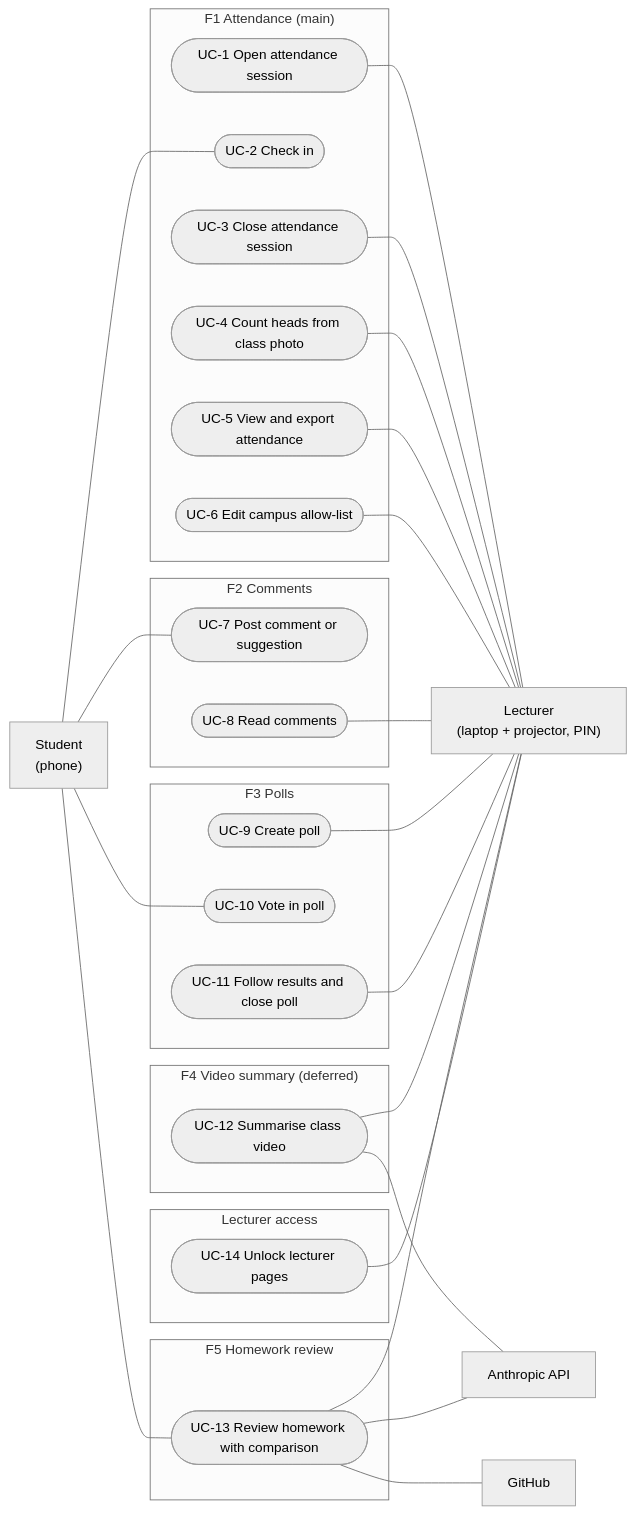
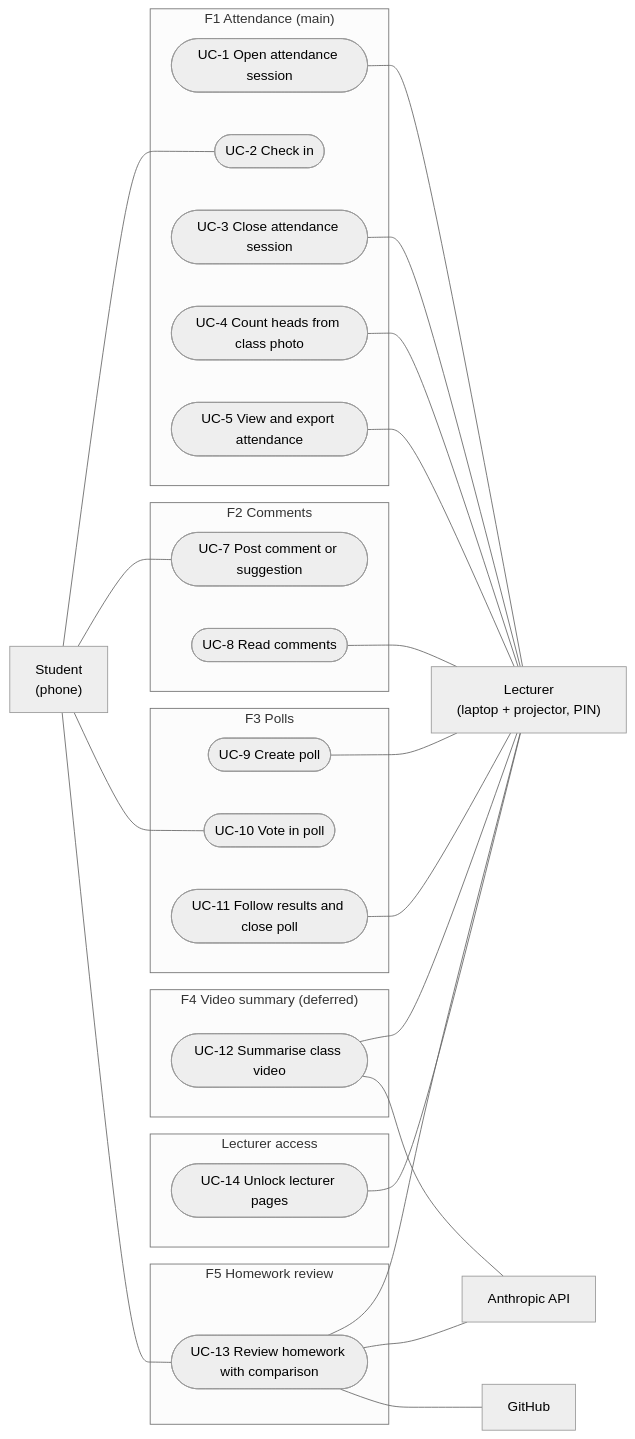
One commit to ronsarfati/EX2-Teaching-Tool changed the first of 2 diagrams in docs/use_cases.md. Above: the diagram before and after it, drawn with Mermaid (neutral theme). The commit also changed other lines of this file and 6 other files, not shown here.

````diff
--- a/docs/use_cases.md
+++ b/docs/use_cases.md
@@ -27,55 +27,53 @@
 ```mermaid
 flowchart LR
   ST["Student<br/>(phone)"]
   LE["Lecturer<br/>(laptop + projector, PIN)"]
   AN["Anthropic API"]
   GH["GitHub"]
 
   subgraph F1["F1 Attendance (main)"]
     UC1(["UC-1 Open attendance session"])
     UC2(["UC-2 Check in"])
     UC3(["UC-3 Close attendance session"])
     UC4(["UC-4 Count heads from class photo"])
     UC5(["UC-5 View and export attendance"])
-    UC6(["UC-6 Edit campus allow-list"])
   end
   subgraph F2["F2 Comments"]
     UC7(["UC-7 Post comment or suggestion"])
     UC8(["UC-8 Read comments"])
   end
   subgraph F3["F3 Polls"]
     UC9(["UC-9 Create poll"])
     UC10(["UC-10 Vote in poll"])
     UC11(["UC-11 Follow results and close poll"])
   end
   subgraph F4["F4 Video summary (deferred)"]
     UC12(["UC-12 Summarise class video"])
   end
   subgraph F5["F5 Homework review"]
     UC13(["UC-13 Review homework with comparison"])
   end
   subgraph ACC["Lecturer access"]
     UC14(["UC-14 Unlock lecturer pages"])
   end
 
   ST --- UC2
   ST --- UC7
   ST --- UC10
   ST --- UC13
 
   UC1 --- LE
   UC3 --- LE
   UC4 --- LE
   UC5 --- LE
-  UC6 --- LE
   UC8 --- LE
   UC9 --- LE
   UC11 --- LE
   UC12 --- LE
   UC13 --- LE
   UC14 --- LE
 
   UC12 --- AN
   UC13 --- AN
   UC13 --- GH
 ```
````
